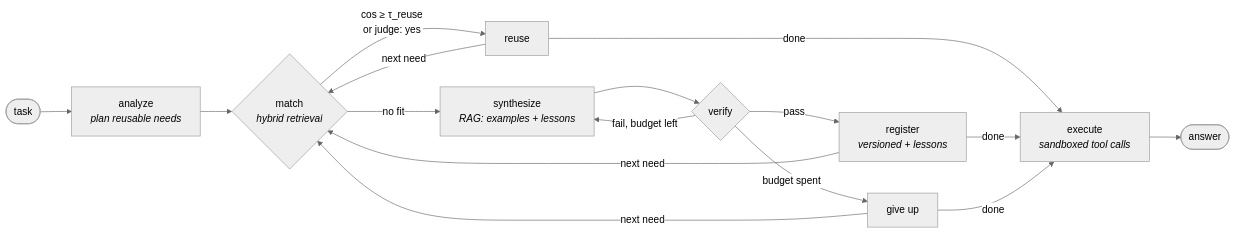
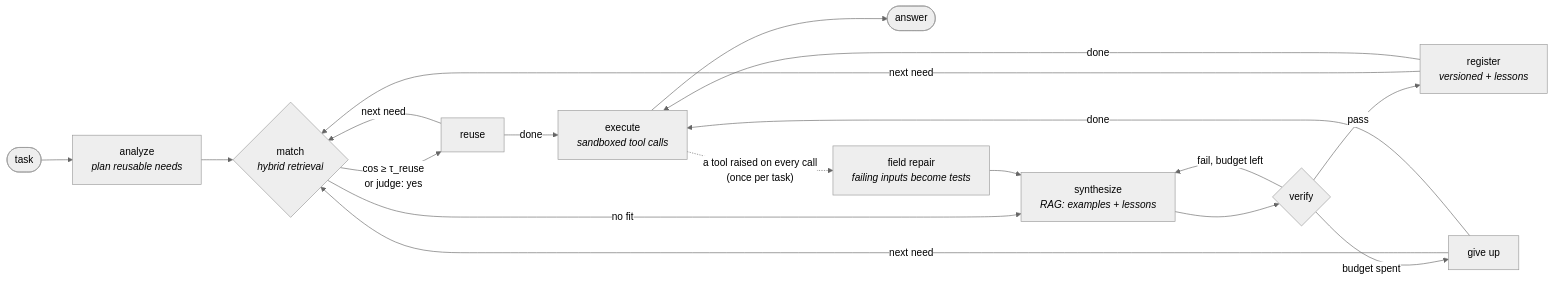
The diagram in README.md (chandrasekharthapa/toolforge), drawn with Mermaid (neutral theme) before and after one commit. The commit also changed other lines of this file and 56 other files, not shown here.

````diff
--- a/README.md
+++ b/README.md
@@ -88,13 +89,14 @@
 ```mermaid
 flowchart LR
     T([task]) --> A[analyze<br/><i>plan reusable needs</i>]
     A --> M{match<br/><i>hybrid retrieval</i>}
     M -- "cos ≥ τ_reuse<br/>or judge: yes" --> R[reuse]
     M -- "no fit" --> S[synthesize<br/><i>RAG: examples + lessons</i>]
     S --> V{verify}
     V -- pass --> G[register<br/><i>versioned + lessons</i>]
     V -- "fail, budget left" --> S
     V -- "budget spent" --> X[give up]
     R & G & X -- next need --> M
     R & G & X -- done --> E[execute<br/><i>sandboxed tool calls</i>] --> Ans([answer])
+    E -. "a tool raised on every call<br/>(once per task)" .-> F[field repair<br/><i>failing inputs become tests</i>] --> S
 ```
````
